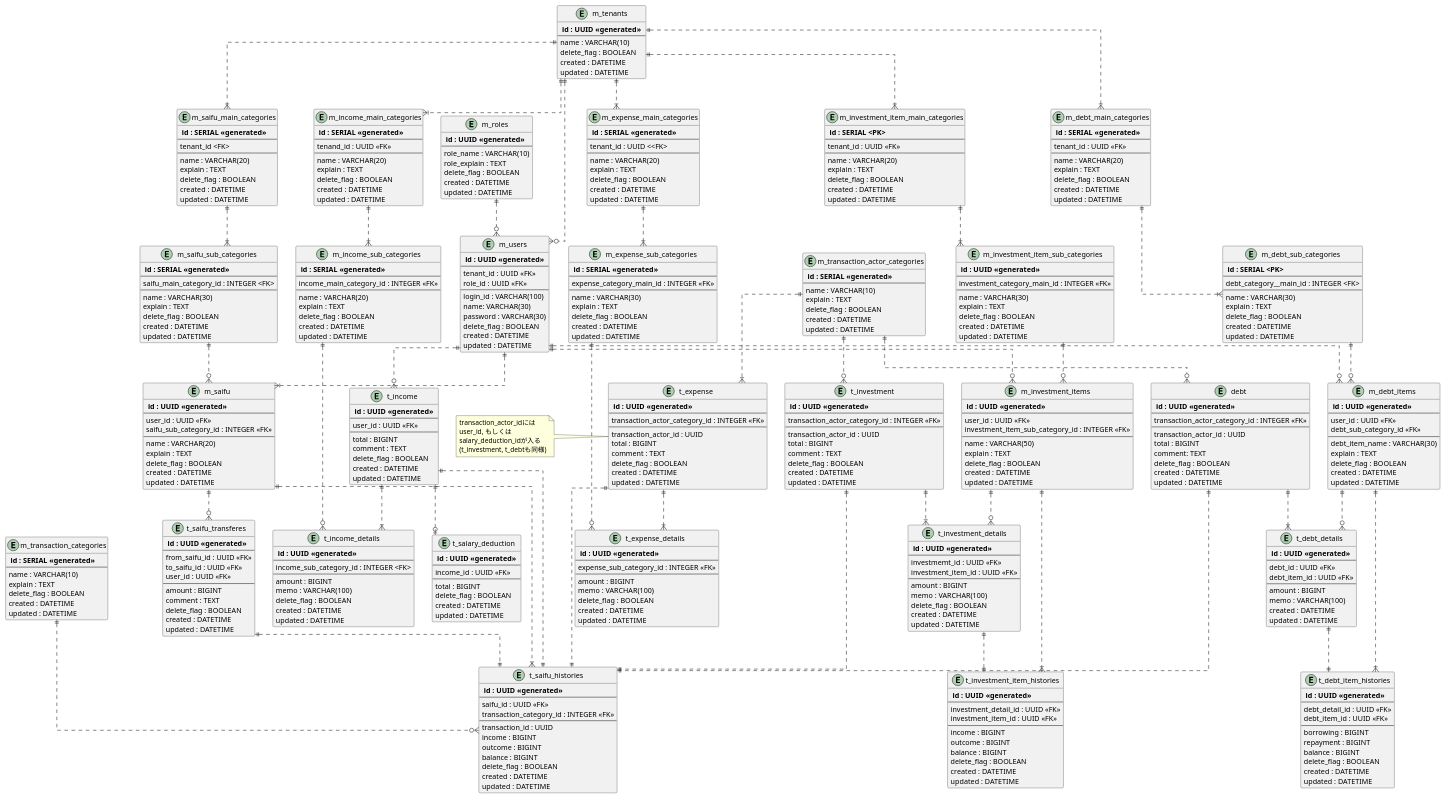
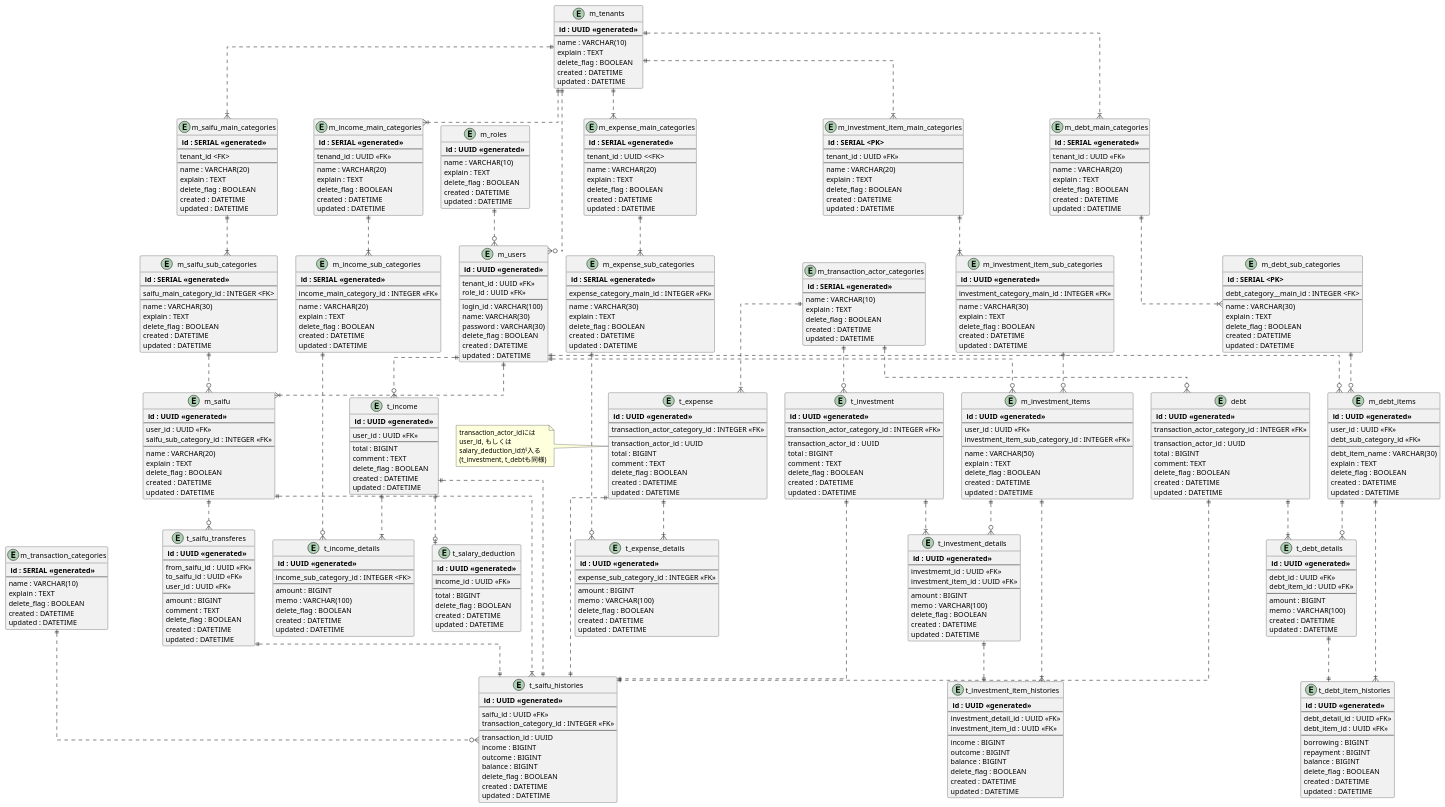
Before and after one commit to JojiKoike/saifu-docs: the diagram in design/ER_Physical.wsd, drawn with PlantUML.

Commit message:
カラム名修正、記述位置修正

```diff
--- a/design/ER_Physical.wsd
+++ b/design/ER_Physical.wsd
@@ -7,6 +7,17 @@
   ** id : UUID <<generated>> **
   --
   name : VARCHAR(10)
+  explain : TEXT
+  delete_flag : BOOLEAN
+  created : DATETIME
+  updated : DATETIME
+}
+
+entity "m_roles" as role {
+  ** id : UUID <<generated>> **
+  --
+  name : VARCHAR(10)
+  explain : TEXT
   delete_flag : BOOLEAN
   created : DATETIME
   updated : DATETIME
@@ -21,16 +32,6 @@
   login_id : VARCHAR(100)
   name: VARCHAR(30)
   password : VARCHAR(30)
-  delete_flag : BOOLEAN
-  created : DATETIME
-  updated : DATETIME
-}
-
-entity "m_roles" as role {
-  ** id : UUID <<generated>> **
-  --
-  role_name : VARCHAR(10)
-  role_explain : TEXT
   delete_flag : BOOLEAN
   created : DATETIME
   updated : DATETIME
```
